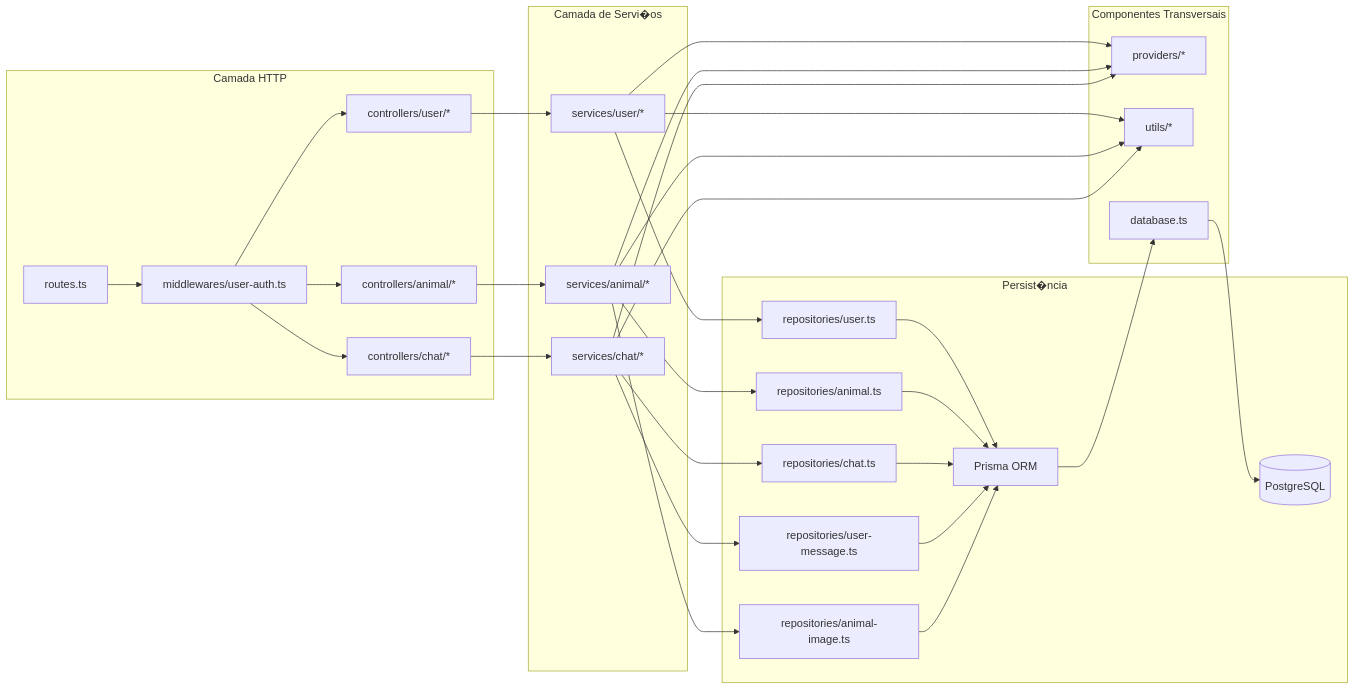
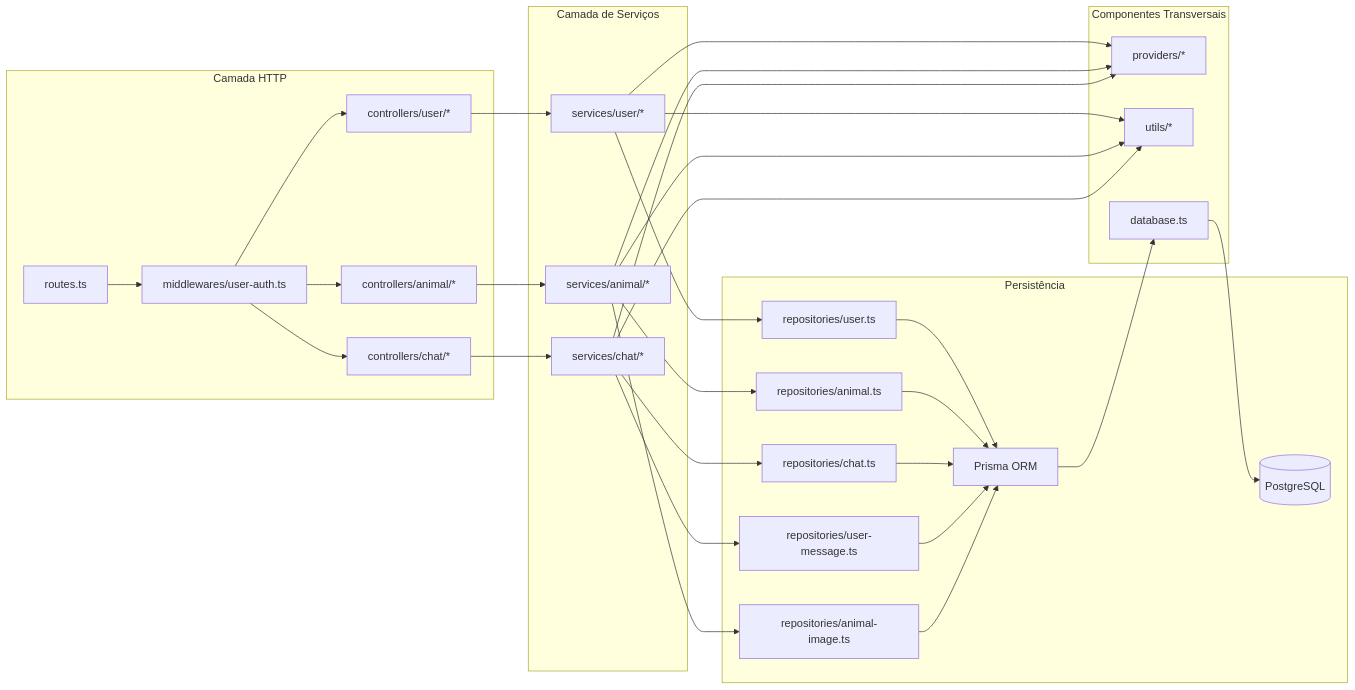
The fifth of 5 diagrams in documentacao/arquitetura.md (Lucas-S-Vieira/adote-facil), drawn with Mermaid before and after one commit. The commit also changed other lines of this file, not shown here.

Commit message:
Correção de acentuação

````diff
--- a/documentacao/arquitetura.md
+++ b/documentacao/arquitetura.md
@@ -155,62 +155,62 @@
 ```mermaid
 flowchart LR
   subgraph API["Camada HTTP"]
     R[routes.ts]
     M[middlewares/user-auth.ts]
     C1[controllers/user/*]
     C2[controllers/animal/*]
     C3[controllers/chat/*]
   end
 
-  subgraph Dominios["Camada de Servi�os"]
+  subgraph Dominios["Camada de Serviços"]
     S1[services/user/*]
     S2[services/animal/*]
     S3[services/chat/*]
   end
 
-  subgraph Persistencia["Persist�ncia"]
+  subgraph Persistencia["Persistência"]
     URepo[repositories/user.ts]
     ARepo[repositories/animal.ts]
     CRepo[repositories/chat.ts]
     MRepo[repositories/user-message.ts]
     IRepo[repositories/animal-image.ts]
     Prisma[Prisma ORM]
     PG[(PostgreSQL)]
   end
 
   subgraph Suporte["Componentes Transversais"]
     Providers[providers/*]
     Utils[utils/*]
     DBConfig[database.ts]
   end
 
   R --> M
   M --> C1
   M --> C2
   M --> C3
 
   C1 --> S1
   C2 --> S2
   C3 --> S3
 
   S1 --> URepo
   S2 --> ARepo
   S2 --> IRepo
   S3 --> CRepo
   S3 --> MRepo
 
   S1 --> Providers
   S2 --> Providers
   S3 --> Providers
   S1 --> Utils
   S2 --> Utils
   S3 --> Utils
 
   URepo --> Prisma
   ARepo --> Prisma
   CRepo --> Prisma
   MRepo --> Prisma
   IRepo --> Prisma
   Prisma --> DBConfig
   DBConfig --> PG
 ```
````
